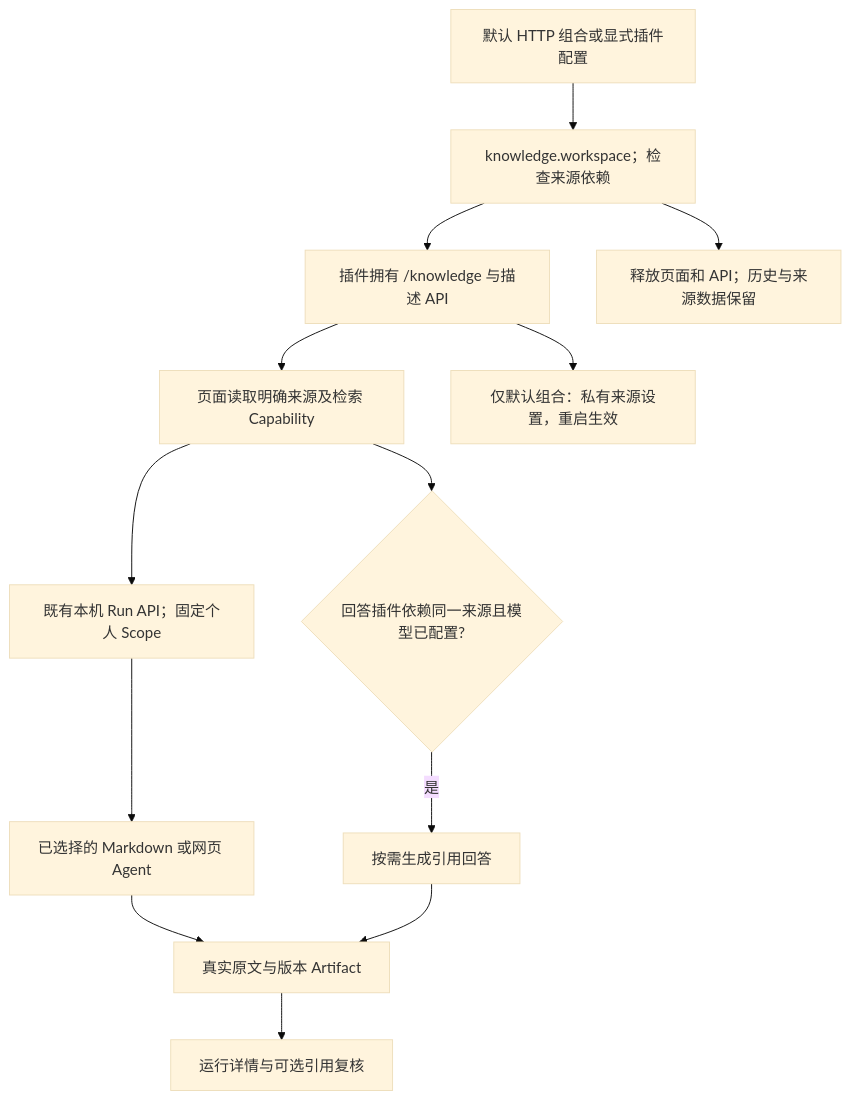
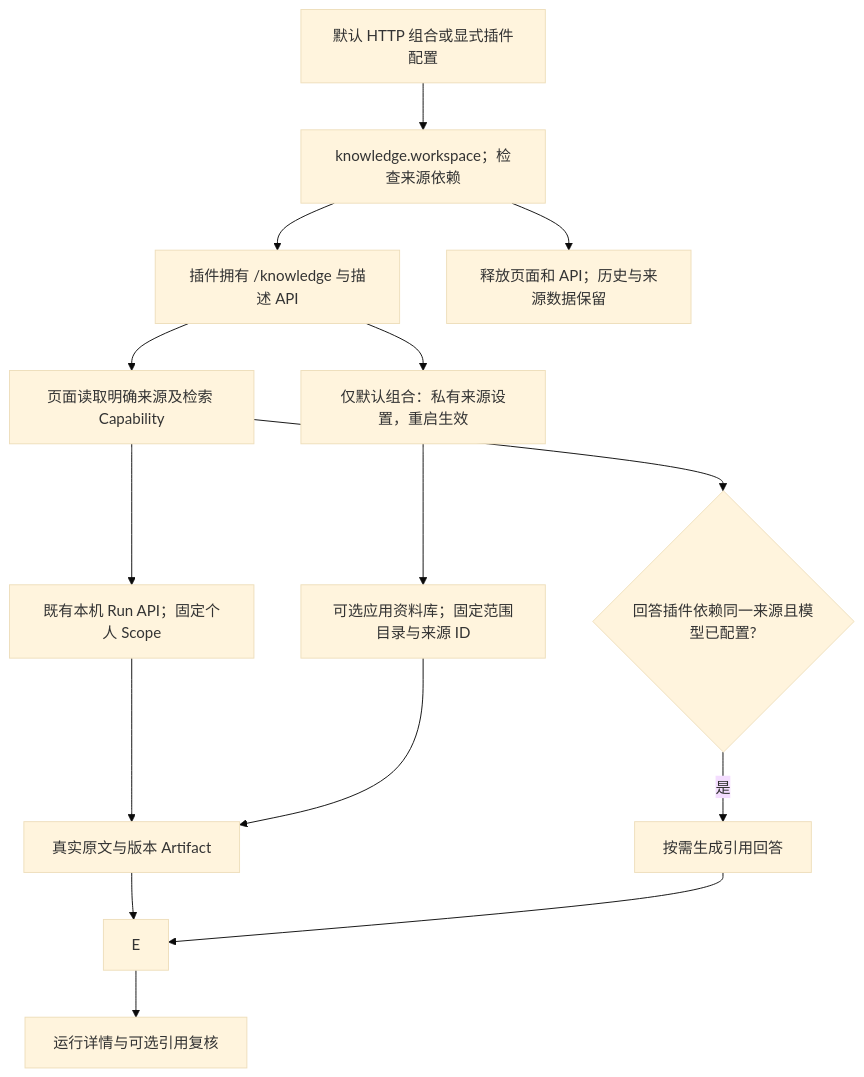
One commit to KlayPeter/AI-Delivery-Ops-Agent changed the diagram in backend/src/knowledge/workspace/FEATURE.md. Above: the diagram before and after it, drawn with Mermaid (base theme). The commit also changed other lines of this file and 29 other files, not shown here.

````diff
--- a/backend/src/knowledge/workspace/FEATURE.md
+++ b/backend/src/knowledge/workspace/FEATURE.md
@@ -19,15 +19,17 @@
 ```mermaid
 flowchart TD
     C[默认 HTTP 组合或显式插件配置] --> P[knowledge.workspace；检查来源依赖]
     P --> W[插件拥有 /knowledge 与描述 API]
     W --> V[页面读取明确来源及检索 Capability]
     V --> R[既有本机 Run API；固定个人 Scope]
     R --> K[已选择的 Markdown 或网页 Agent]
-    K --> E[真实原文与版本 Artifact]
+    K --> E
+    CFG --> LIB[可选应用资料库；固定范围目录与来源 ID]
+    LIB --> K[真实原文与版本 Artifact]
     E --> D[运行详情与可选引用复核]
     V --> MATCH{回答插件依赖同一来源且模型已配置?}
     MATCH -- 是 --> A[按需生成引用回答]
     A --> E
     W --> CFG[仅默认组合：私有来源设置，重启生效]
     P --> STOP[释放页面和 API；历史与来源数据保留]
 ```
````
